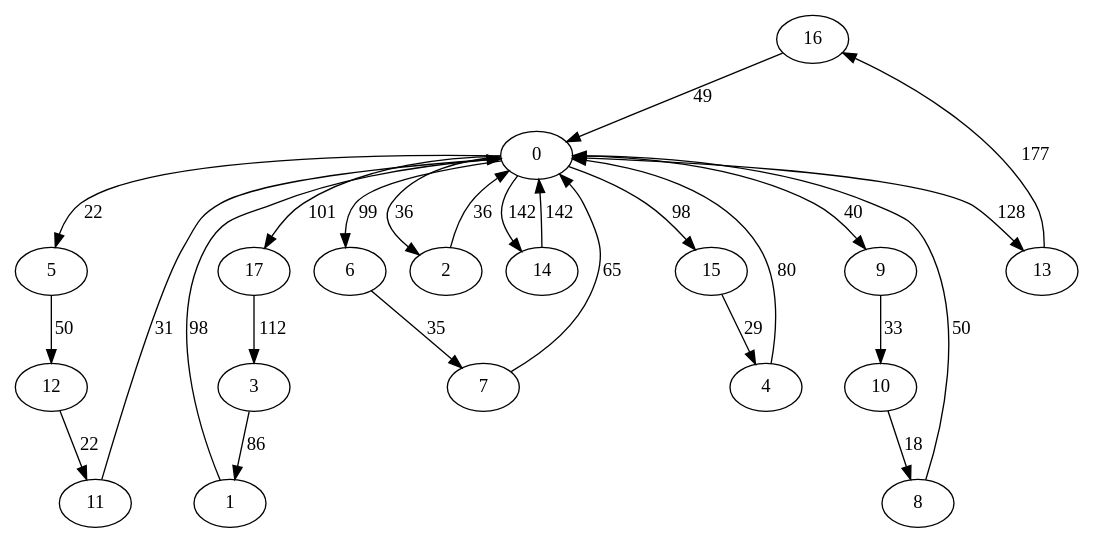
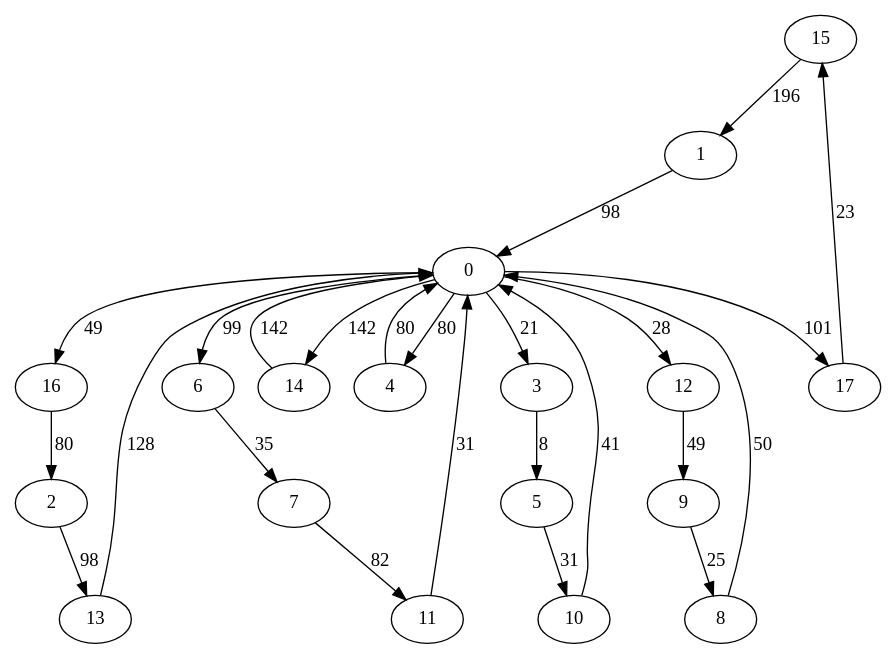
The diagram in grafos/iteration6.dot (akosej/vehicle_routing), drawn with Graphviz before and after one commit. The commit also changed 9 other files, not shown here.

```diff
--- a/grafos/iteration6.dot
+++ b/grafos/iteration6.dot
@@ -1,46 +1,45 @@
 digraph G {
-	16->0[ label=49 ];
-	12->11[ label=22 ];
+	15->1[ label=196 ];
+	1->0[ label=98 ];
+	7->11[ label=82 ];
+	2->13[ label=98 ];
+	13->0[ label=128 ];
+	17->15[ label=23 ];
+	8->0[ label=50 ];
+	16->2[ label=80 ];
 	11->0[ label=31 ];
-	1->0[ label=98 ];
-	10->8[ label=18 ];
-	4->0[ label=80 ];
-	13->16[ label=177 ];
-	0->5[ label=22 ];
+	3->5[ label=8 ];
+	5->10[ label=31 ];
+	6->7[ label=35 ];
+	14->0[ label=142 ];
 	0->17[ label=101 ];
 	0->6[ label=99 ];
-	0->9[ label=40 ];
-	0->15[ label=98 ];
-	0->2[ label=36 ];
-	0->13[ label=128 ];
 	0->14[ label=142 ];
-	3->1[ label=86 ];
-	9->10[ label=33 ];
-	6->7[ label=35 ];
-	7->0[ label=65 ];
-	5->12[ label=50 ];
-	2->0[ label=36 ];
-	14->0[ label=142 ];
-	17->3[ label=112 ];
-	8->0[ label=50 ];
-	15->4[ label=29 ];
+	0->4[ label=80 ];
+	0->12[ label=28 ];
+	0->16[ label=49 ];
+	0->3[ label=21 ];
+	12->9[ label=49 ];
+	9->8[ label=25 ];
+	10->0[ label=41 ];
+	4->0[ label=80 ];
 	0 [ label=0 ];
 	1 [ label=1 ];
 	10 [ label=10 ];
 	11 [ label=11 ];
 	12 [ label=12 ];
 	13 [ label=13 ];
 	14 [ label=14 ];
 	15 [ label=15 ];
 	16 [ label=16 ];
 	17 [ label=17 ];
 	2 [ label=2 ];
 	3 [ label=3 ];
 	4 [ label=4 ];
 	5 [ label=5 ];
 	6 [ label=6 ];
 	7 [ label=7 ];
 	8 [ label=8 ];
 	9 [ label=9 ];
 
 }
```
